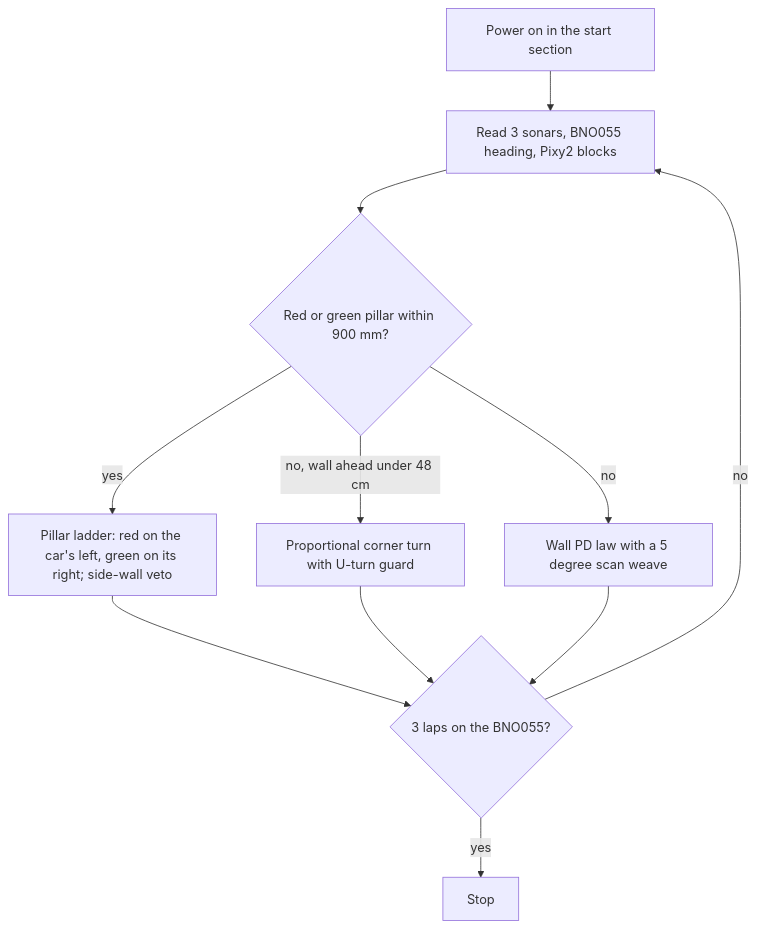
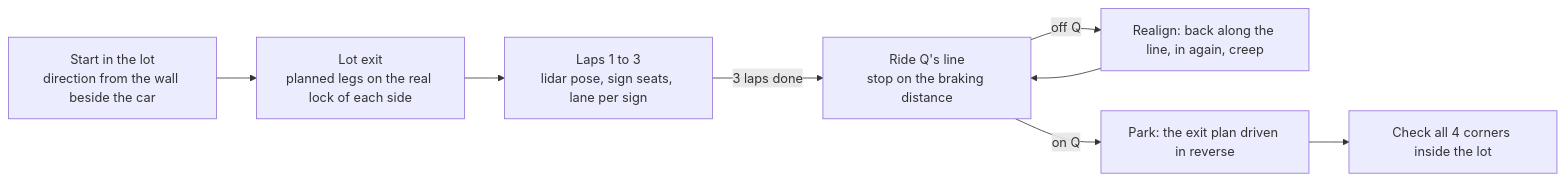
The diagram in README.md (BllueWave/WRO-Future-Engineers-2026), drawn with Mermaid before and after one commit. The commit also changed other lines of this file and 11 other files, not shown here.

````diff
--- a/README.md
+++ b/README.md
@@ -102,13 +91,10 @@
 ```mermaid
-flowchart TD
-    S["Power on in the start section"] --> R["Read 3 sonars, BNO055 heading, Pixy2 blocks"]
-    R --> Q{"Red or green pillar within 900 mm?"}
-    Q -->|"yes"| P["Pillar ladder: red on the car's left, green on its right; side-wall veto"]
-    Q -->|"no, wall ahead under 48 cm"| C["Proportional corner turn with U-turn guard"]
-    Q -->|"no"| W["Wall PD law with a 5 degree scan weave"]
-    P --> K{"3 laps on the BNO055?"}
-    C --> K
-    W --> K
-    K -->|"no"| R
-    K -->|"yes"| D["Stop"]
+flowchart LR
+    A["Start in the lot<br>direction from the wall beside the car"] --> B["Lot exit<br>planned legs on the real lock of each side"]
+    B --> C["Laps 1 to 3<br>lidar pose, sign seats, lane per sign"]
+    C -->|"3 laps done"| D["Ride Q's line<br>stop on the braking distance"]
+    D -->|"off Q"| E["Realign: back along the line, in again, creep"]
+    E --> D
+    D -->|"on Q"| F["Park: the exit plan driven in reverse"]
+    F --> G["Check all 4 corners inside the lot"]
 ```
````
